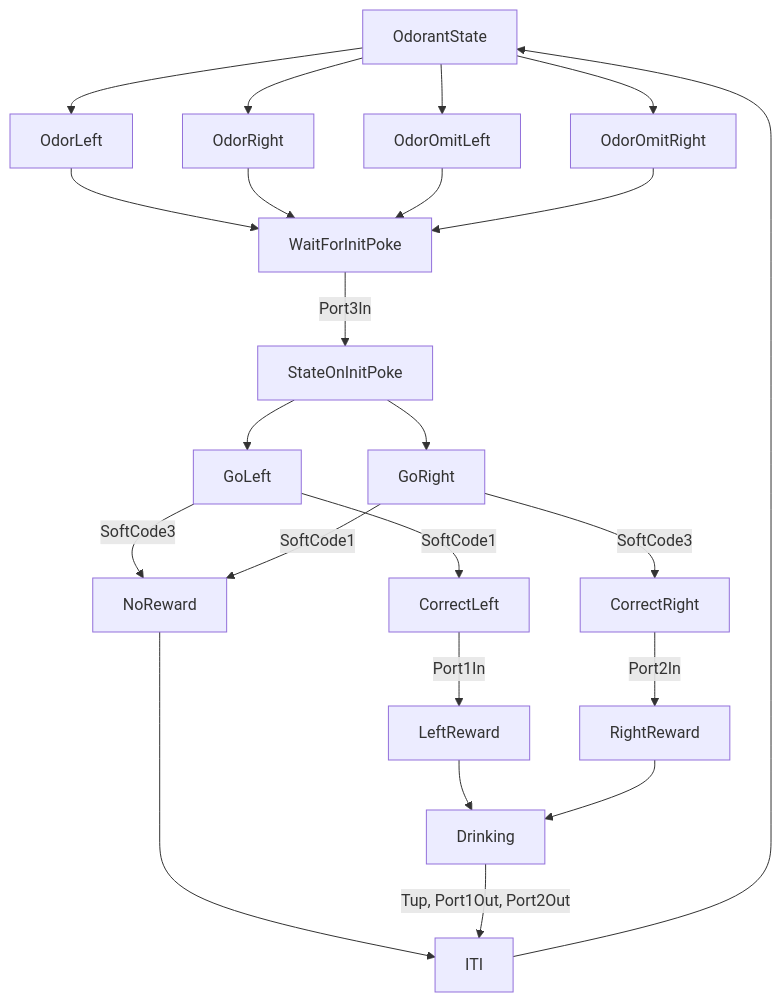
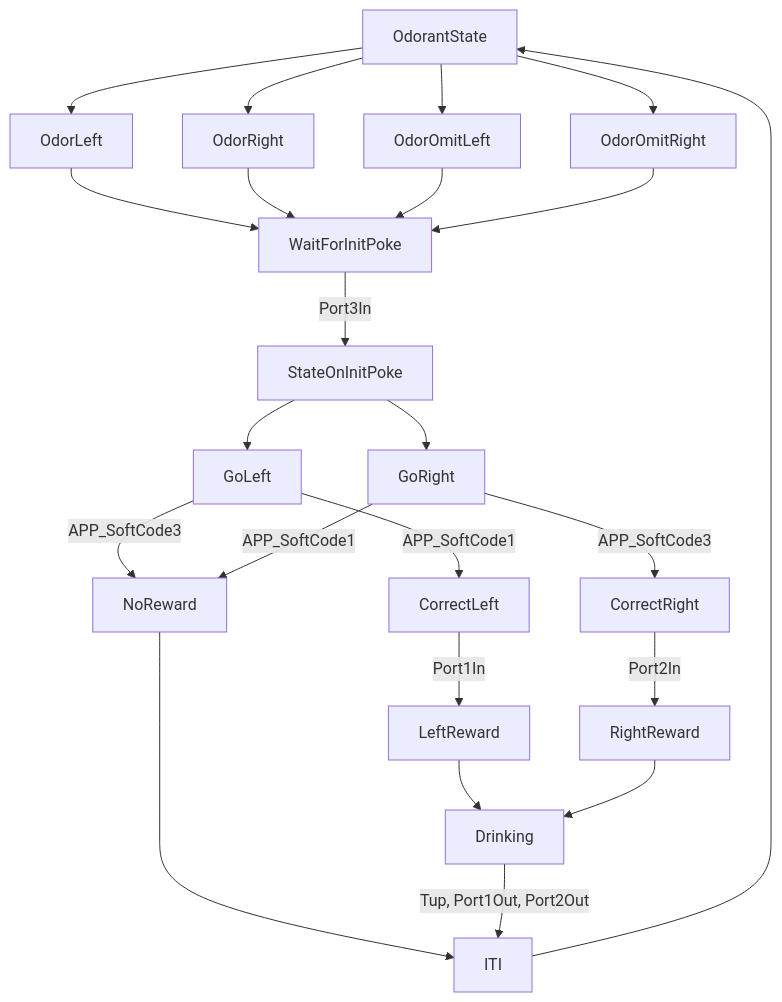
One commit to nghess/fmon-docs changed the diagram in bpod.qmd. Above: the diagram before and after it, drawn with Mermaid. The commit also changed other lines of this file and 13 other files, not shown here.

````diff
--- a/bpod.qmd
+++ b/bpod.qmd
@@ -10,25 +10,25 @@
 ```{mermaid}
 graph TD
     OdorantState --> OdorLeft
     OdorantState --> OdorRight
     OdorantState --> OdorOmitLeft
     OdorantState --> OdorOmitRight
     OdorLeft --> WaitForInitPoke
     OdorRight --> WaitForInitPoke
     OdorOmitLeft --> WaitForInitPoke
     OdorOmitRight --> WaitForInitPoke
     WaitForInitPoke -->|Port3In| StateOnInitPoke
     StateOnInitPoke --> GoLeft
     StateOnInitPoke --> GoRight
-    GoLeft -->|SoftCode1| CorrectLeft
-    GoLeft -->|SoftCode3| NoReward
-    GoRight -->|SoftCode1| NoReward
-    GoRight -->|SoftCode3| CorrectRight
+    GoLeft -->|APP_SoftCode1| CorrectLeft
+    GoLeft -->|APP_SoftCode3| NoReward
+    GoRight -->|APP_SoftCode1| NoReward
+    GoRight -->|APP_SoftCode3| CorrectRight
     CorrectLeft -->|Port1In| LeftReward
     CorrectRight -->|Port2In| RightReward
     NoReward --> ITI
     LeftReward --> Drinking
     RightReward --> Drinking
     Drinking -->|Tup, Port1Out, Port2Out| ITI
     ITI --> OdorantState
 ```
````
